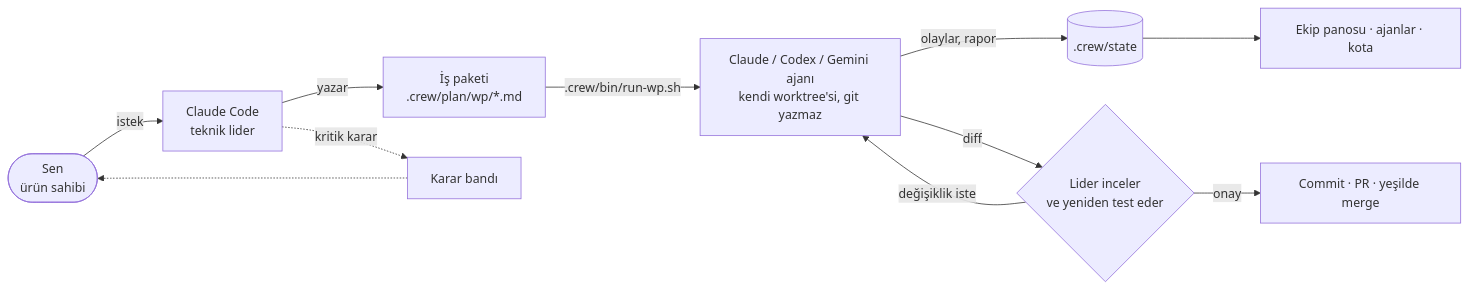
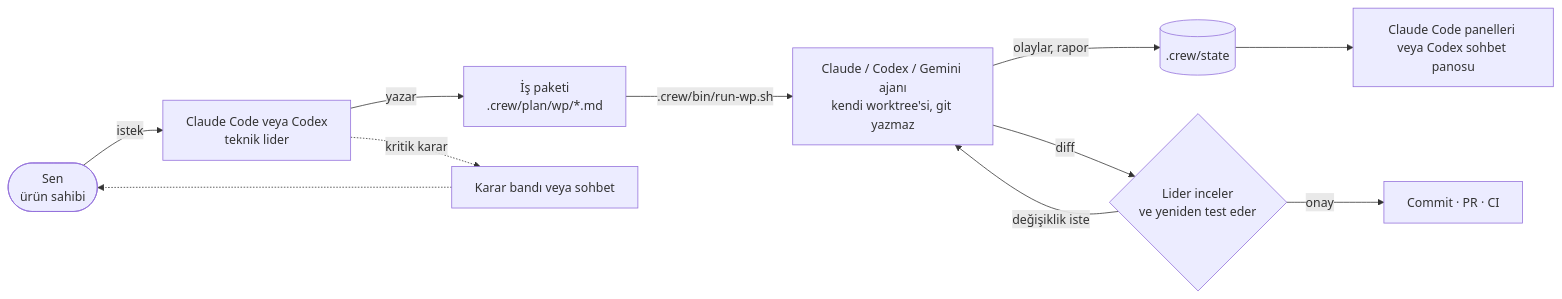
The diagram in README.tr.md (badblli/agent-crew), drawn with Mermaid before and after one commit. The commit also changed other lines of this file and 10 other files, not shown here.

````diff
--- a/README.tr.md
+++ b/README.tr.md
@@ -56,12 +47,12 @@
 ```mermaid
 flowchart LR
-  you([Sen<br/>ürün sahibi]) -->|istek| lead[Claude Code<br/>teknik lider]
+  you([Sen<br/>ürün sahibi]) -->|istek| lead[Claude Code veya Codex<br/>teknik lider]
   lead -->|yazar| wp[İş paketi<br/>.crew/plan/wp/*.md]
   wp -->|.crew/bin/run-wp.sh| w1[Claude / Codex / Gemini ajanı<br/>kendi worktree'si, git yazmaz]
   w1 -->|olaylar, rapor| state[(.crew/state)]
-  state --> panes[Ekip panosu · ajanlar · kota]
+  state --> board[Claude Code panelleri veya Codex sohbet panosu]
   w1 -->|diff| review{Lider inceler<br/>ve yeniden test eder}
   review -->|değişiklik iste| w1
-  review -->|onay| ship[Commit · PR · yeşilde merge]
-  lead -.->|kritik karar| band[Karar bandı] -.-> you
+  review -->|onay| ship[Commit · PR · CI]
+  lead -.->|kritik karar| decision[Karar bandı veya sohbet] -.-> you
 ```
````
